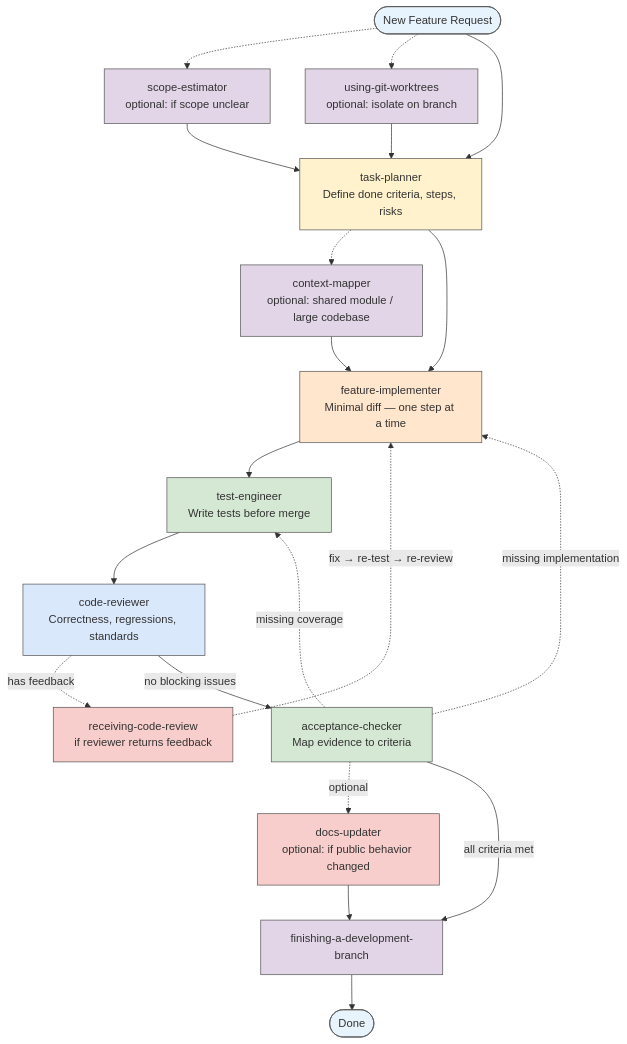
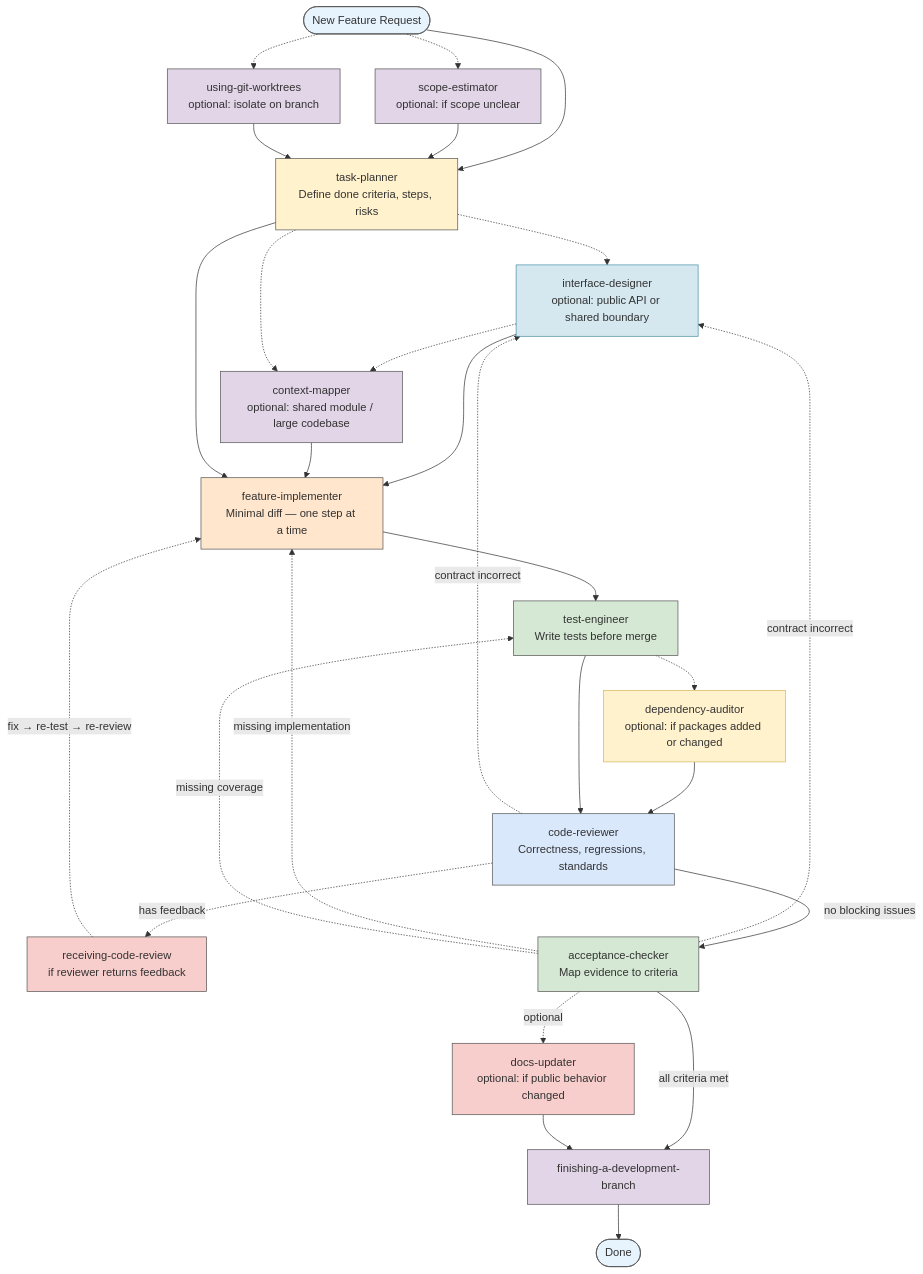
One commit to yuriyvsavchuk/devflow changed the sixth of 13 diagrams in USER-MANUAL.md. Above: the diagram before and after it, drawn with Mermaid. The commit also changed other lines of this file and 14 other files, not shown here.

````diff
--- a/USER-MANUAL.md
+++ b/USER-MANUAL.md
@@ -605,43 +713,54 @@
 ```mermaid
 graph TD
     classDef startEnd fill:#E8F4FD,stroke:#555
     classDef optional fill:#E1D5E7,stroke:#555
     classDef planning fill:#FFF2CC,stroke:#555
     classDef impl fill:#FFE6CC,stroke:#555
     classDef testing fill:#D5E8D4,stroke:#555
     classDef review fill:#DAE8FC,stroke:#555
     classDef feedback fill:#F8CECC,stroke:#555
+    classDef audit fill:#FFF2CC,stroke:#D6B656
+    classDef contract fill:#D5E8F0,stroke:#4A90A4
 
     start([New Feature Request]):::startEnd
     scope[scope-estimator<br/>optional: if scope unclear]:::optional
     worktree[using-git-worktrees<br/>optional: isolate on branch]:::optional
     plan[task-planner<br/>Define done criteria, steps, risks]:::planning
+    iface[interface-designer<br/>optional: public API or shared boundary]:::contract
     mapper[context-mapper<br/>optional: shared module / large codebase]:::optional
     impl[feature-implementer<br/>Minimal diff — one step at a time]:::impl
     test[test-engineer<br/>Write tests before merge]:::testing
+    dep_audit[dependency-auditor<br/>optional: if packages added or changed]:::audit
     review[code-reviewer<br/>Correctness, regressions, standards]:::review
     rcr[receiving-code-review<br/>if reviewer returns feedback]:::feedback
     accept[acceptance-checker<br/>Map evidence to criteria]:::testing
     docs[docs-updater<br/>optional: if public behavior changed]:::feedback
     finish[finishing-a-development-branch]:::optional
     done([Done]):::startEnd
 
     start -.-> scope & worktree
     start --> plan
     scope --> plan
     worktree --> plan
+    plan -.-> iface
+    iface -.-> mapper
+    iface --> impl
     plan -.-> mapper
     mapper --> impl
     plan --> impl
     impl --> test
+    test -.-> dep_audit
+    dep_audit --> review
     test --> review
     review -.->|has feedback| rcr
     rcr -.->|fix → re-test → re-review| impl
+    review -.->|contract incorrect| iface
+    accept -.->|contract incorrect| iface
     review -->|no blocking issues| accept
     accept -.->|missing implementation| impl
     accept -.->|missing coverage| test
     accept -.->|optional| docs
     accept -->|all criteria met| finish
     docs --> finish
     finish --> done
 ```
````
